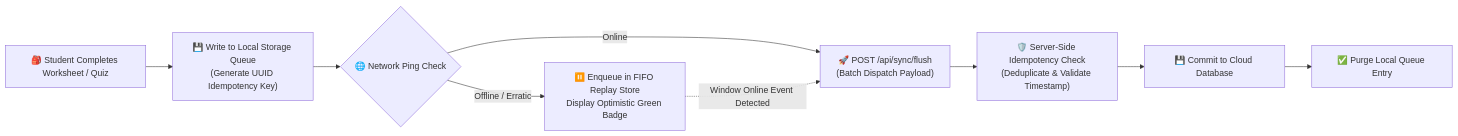
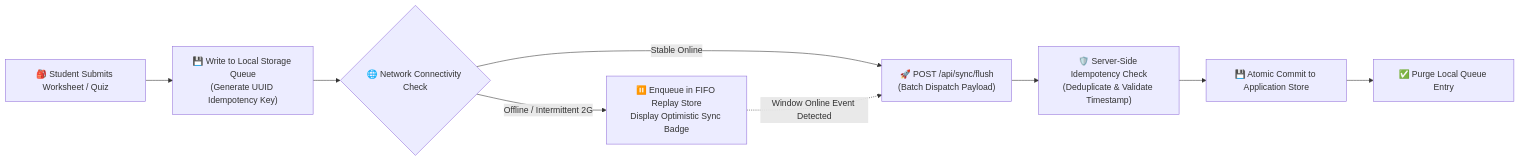
The fourth of 4 diagrams in README.md (madhavisolanki-ui/Vaani), drawn with Mermaid before and after one commit. The commit also changed other lines of this file, not shown here.

Commit message:
docs: rewrite README in professional English with comprehensive 'How It Works' architecture

````diff
--- a/README.md
+++ b/README.md
@@ -163,11 +197,11 @@
 ```mermaid
 flowchart LR
-    A["🎒 Student Completes Worksheet / Quiz"] --> B["💾 Write to Local Storage Queue<br/>(Generate UUID Idempotency Key)"]
-    B --> C{"🌐 Network Ping Check"}
-    C -- "Offline / Erratic" --> D["⏸️ Enqueue in FIFO Replay Store<br/>Display Optimistic Green Badge"]
-    C -- "Online" --> E["🚀 POST /api/sync/flush<br/>(Batch Dispatch Payload)"]
+    A["🎒 Student Submits Worksheet / Quiz"] --> B["💾 Write to Local Storage Queue<br/>(Generate UUID Idempotency Key)"]
+    B --> C{"🌐 Network Connectivity Check"}
+    C -- "Offline / Intermittent 2G" --> D["⏸️ Enqueue in FIFO Replay Store<br/>Display Optimistic Sync Badge"]
+    C -- "Stable Online" --> E["🚀 POST /api/sync/flush<br/>(Batch Dispatch Payload)"]
     D -.->|Window Online Event Detected| E
     E --> F["🛡️ Server-Side Idempotency Check<br/>(Deduplicate & Validate Timestamp)"]
-    F --> G["💾 Commit to Cloud Database"]
+    F --> G["💾 Atomic Commit to Application Store"]
     G --> H["✅ Purge Local Queue Entry"]
 ```
````
